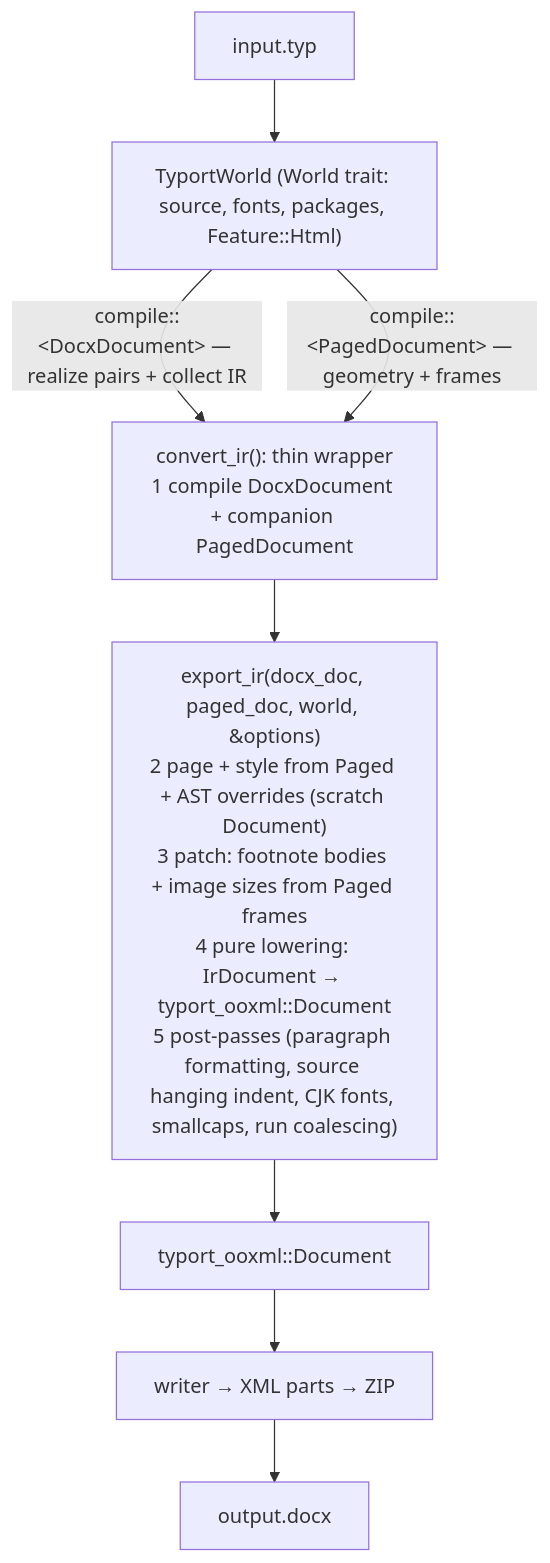
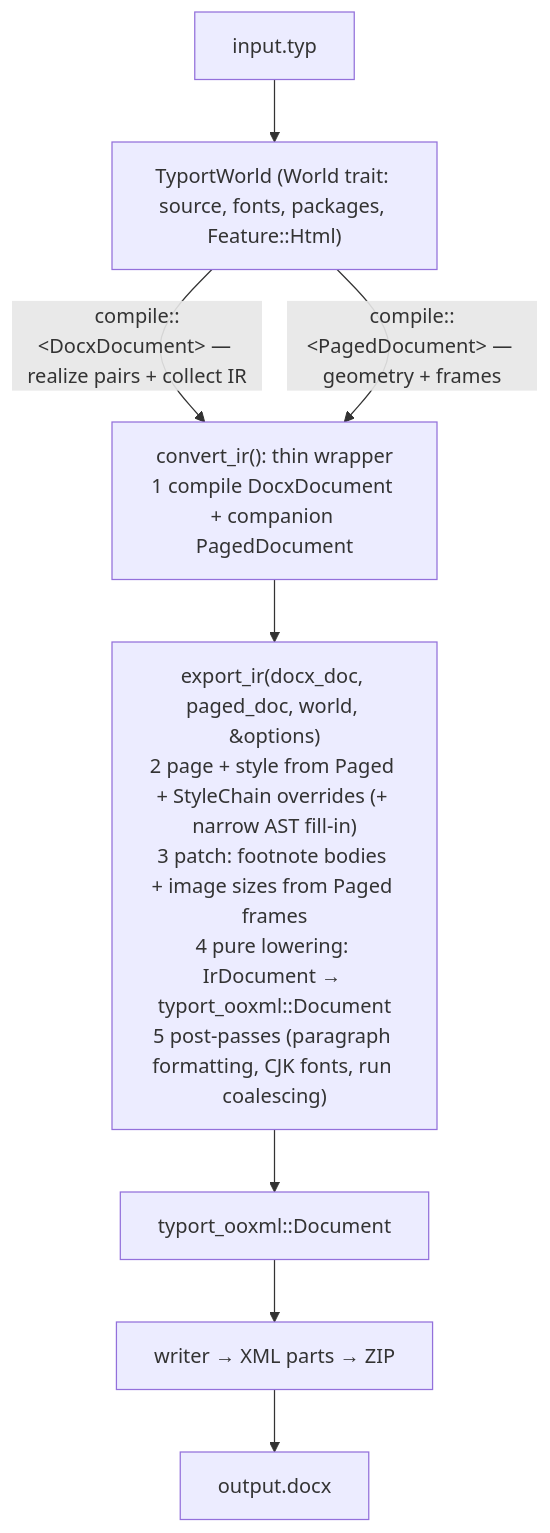
Before and after one commit to kwadraten/tydocx: the first of 2 diagrams in docs/ARCHITECTURE.md, drawn with Mermaid. The commit also changed other lines of this file and 11 other files, not shown here.

First line of the commit message:
feat: step 3 — drop source-AST third source, chain-sourced set rules

````diff
--- a/docs/ARCHITECTURE.md
+++ b/docs/ARCHITECTURE.md
@@ -118,10 +137,10 @@
 ```mermaid
 flowchart TD
     INPUT["input.typ"] --> WORLD["TyportWorld (World trait: source, fonts, packages, Feature::Html)"]
     WORLD -->|compile::&lt;DocxDocument&gt; — realize pairs + collect IR| COMPILE["convert_ir(): thin wrapper<br/>1 compile DocxDocument + companion PagedDocument"]
     WORLD -->|compile::&lt;PagedDocument&gt; — geometry + frames| COMPILE
-    COMPILE --> EXPORT["export_ir(docx_doc, paged_doc, world, &options)<br/>2 page + style from Paged + AST overrides (scratch Document)<br/>3 patch: footnote bodies + image sizes from Paged frames<br/>4 pure lowering: IrDocument → typort_ooxml::Document<br/>5 post-passes (paragraph formatting, source hanging indent, CJK fonts, smallcaps, run coalescing)"]
+    COMPILE --> EXPORT["export_ir(docx_doc, paged_doc, world, &options)<br/>2 page + style from Paged + StyleChain overrides (+ narrow AST fill-in)<br/>3 patch: footnote bodies + image sizes from Paged frames<br/>4 pure lowering: IrDocument → typort_ooxml::Document<br/>5 post-passes (paragraph formatting, CJK fonts, run coalescing)"]
     EXPORT --> IR["typort_ooxml::Document"]
     IR --> WRITER["writer → XML parts → ZIP"]
     WRITER --> OUT["output.docx"]
 ```
````
